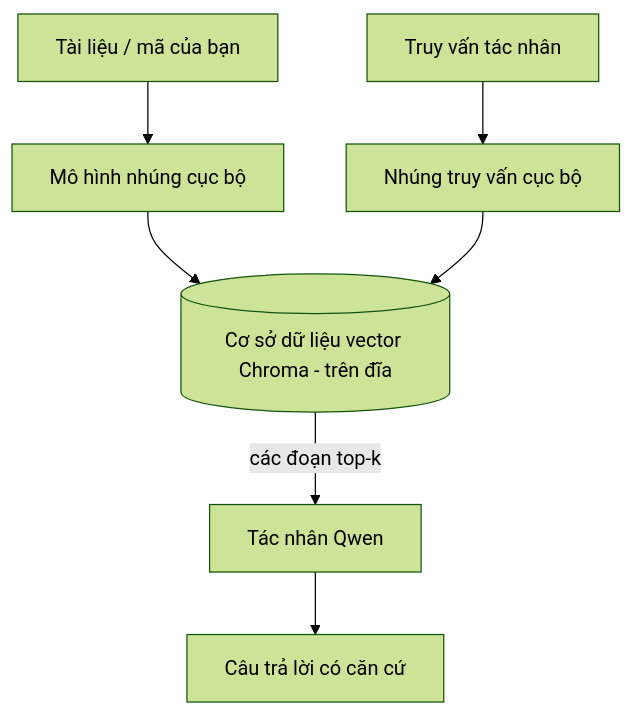
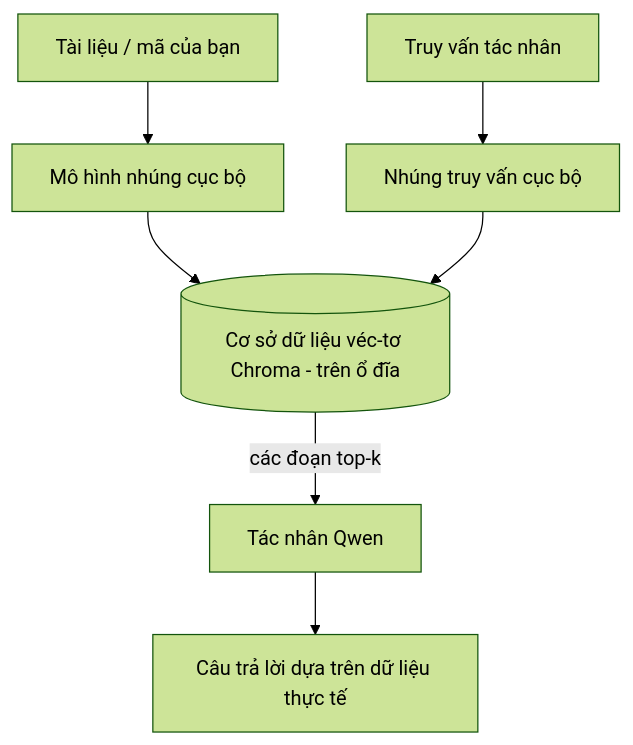
One commit to microsoft/ai-agents-for-beginners changed the third of 4 diagrams in translations/vi/17-creating-local-ai-agents/README.md. Above: the diagram before and after it, drawn with Mermaid (forest theme). The commit also changed other lines of this file and 47 other files, not shown here.

````diff
--- a/translations/vi/17-creating-local-ai-agents/README.md
+++ b/translations/vi/17-creating-local-ai-agents/README.md
@@ -125,9 +125,9 @@
 ```mermaid
 flowchart TB
     D[Tài liệu / mã của bạn] --> E[Mô hình nhúng cục bộ]
-    E --> V[(Cơ sở dữ liệu vector Chroma - trên đĩa)]
+    E --> V[(Cơ sở dữ liệu véc-tơ Chroma - trên ổ đĩa)]
     Q[Truy vấn tác nhân] --> QE[Nhúng truy vấn cục bộ]
     QE --> V
     V -->|các đoạn top-k| A[Tác nhân Qwen]
-    A --> Ans[Câu trả lời có căn cứ]
+    A --> Ans[Câu trả lời dựa trên dữ liệu thực tế]
 ```
````
